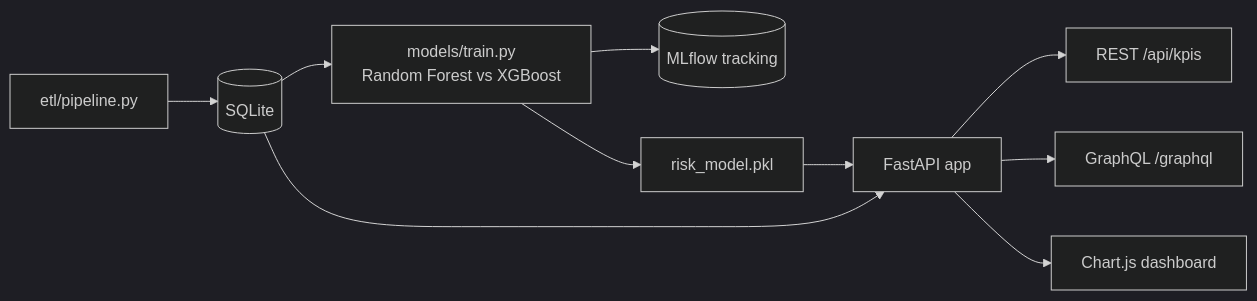
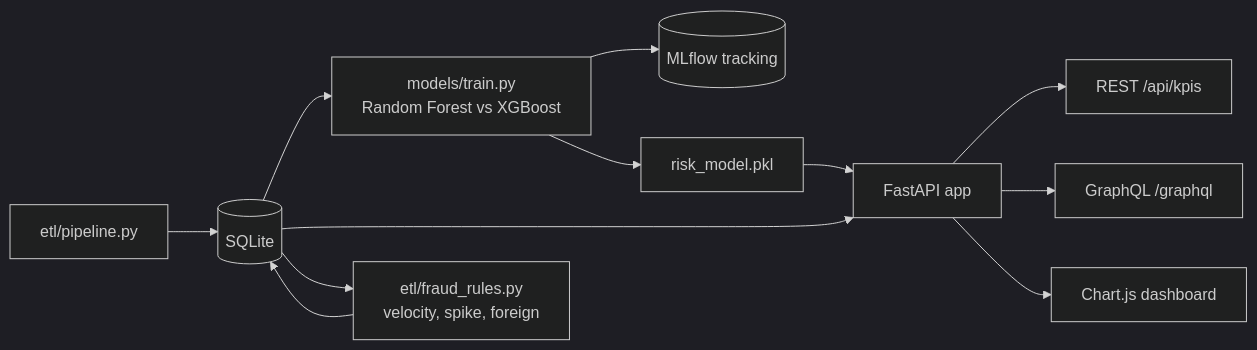
The diagram in README.md (Deshraj-Jogiya/FinRisk-Analytics-Pipeline), drawn with Mermaid (dark theme) before and after one commit. The commit also changed other lines of this file and 7 other files, not shown here.

````diff
--- a/README.md
+++ b/README.md
@@ -25,12 +30,14 @@
 ```mermaid
 flowchart LR
     E[etl/pipeline.py] --> DB[(SQLite)]
     DB --> M[models/train.py<br/>Random Forest vs XGBoost]
     M --> ML[(MLflow tracking)]
     M --> PKL[risk_model.pkl]
     DB --> API[FastAPI app]
     PKL --> API
     API --> REST[REST /api/kpis]
     API --> GQL[GraphQL /graphql]
     API --> UI[Chart.js dashboard]
+    DB --> FR[etl/fraud_rules.py<br/>velocity, spike, foreign]
+    FR --> DB
 ```
````
